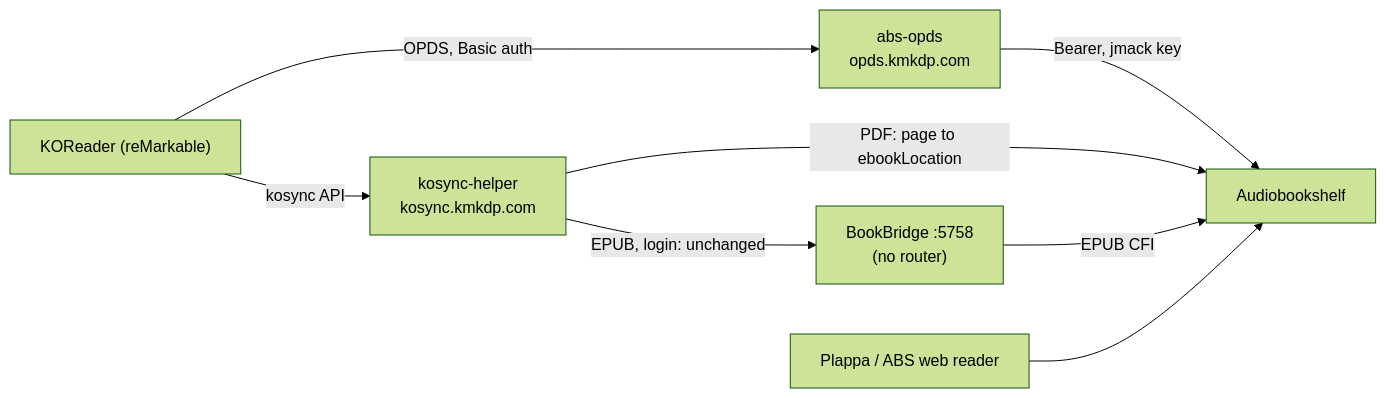
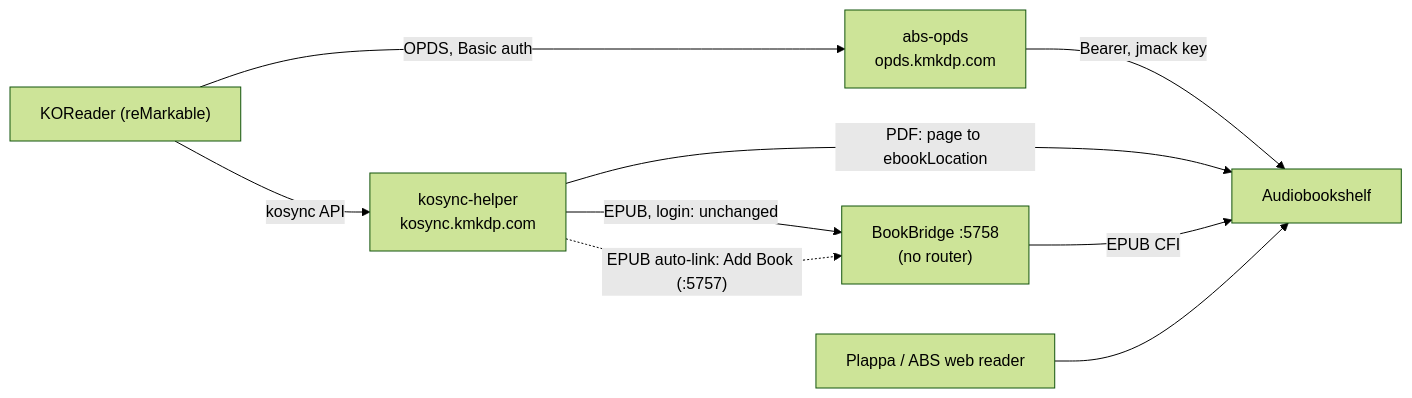
One commit to BigH3ater/kdk-lab-dkr changed the diagram in docs/services/reading-sync.md. Above: the diagram before and after it, drawn with Mermaid (forest theme). The commit also changed other lines of this file and 14 other files, not shown here.

First line of the commit message:
feat(reading-sync): auto-link tablet EPUBs in BookBridge

````diff
--- a/docs/services/reading-sync.md
+++ b/docs/services/reading-sync.md
@@ -21,10 +21,11 @@
 ```mermaid
 flowchart LR
   KO["KOReader (reMarkable)"] -->|"OPDS, Basic auth"| OPDS["abs-opds<br/>opds.kmkdp.com"]
   KO -->|"kosync API"| H["kosync-helper<br/>kosync.kmkdp.com"]
   OPDS -->|"Bearer, jmack key"| ABS["Audiobookshelf"]
   H -->|"PDF: page to ebookLocation"| ABS
   H -->|"EPUB, login: unchanged"| BB["BookBridge :5758<br/>(no router)"]
+  H -.->|"EPUB auto-link: Add Book (:5757)"| BB
   BB -->|"EPUB CFI"| ABS
   PH["Plappa / ABS web reader"] --> ABS
 ```
````
